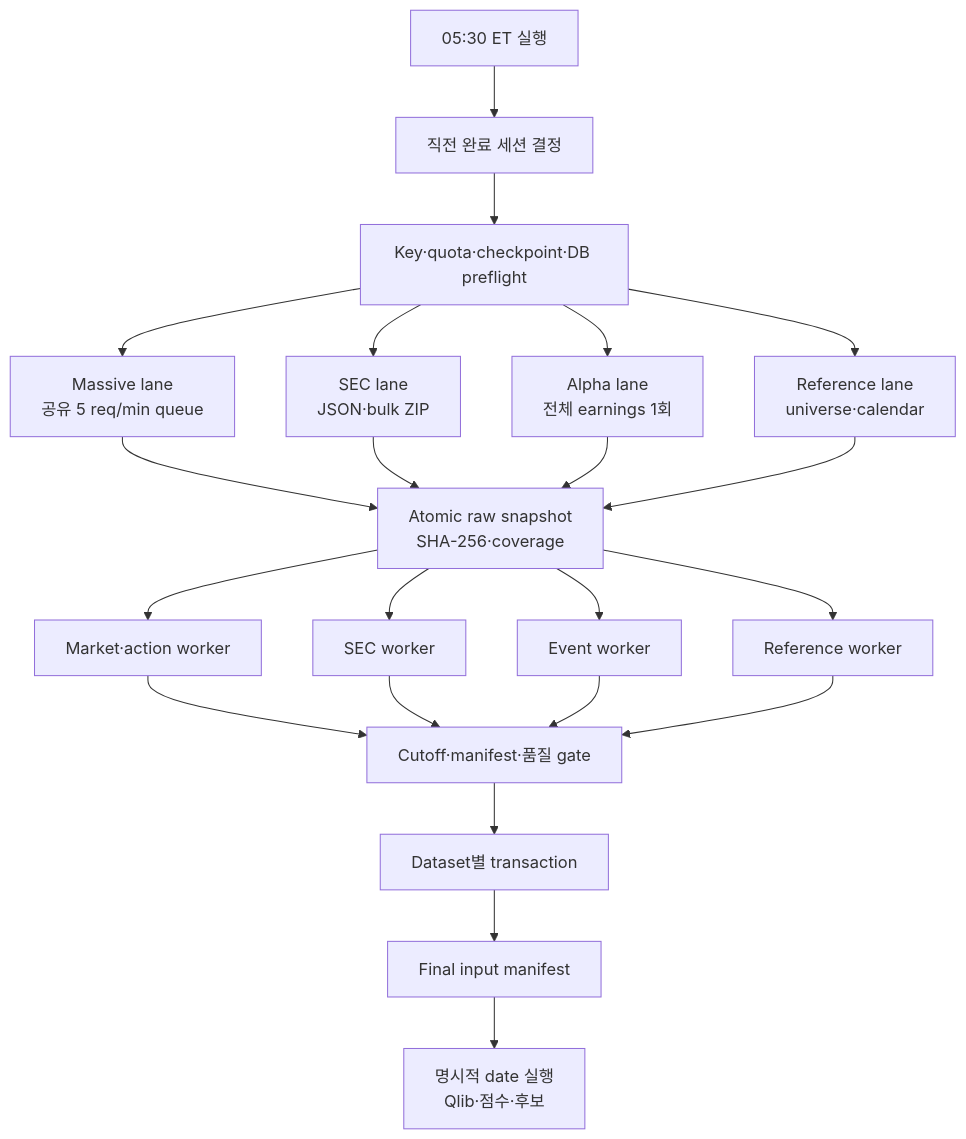
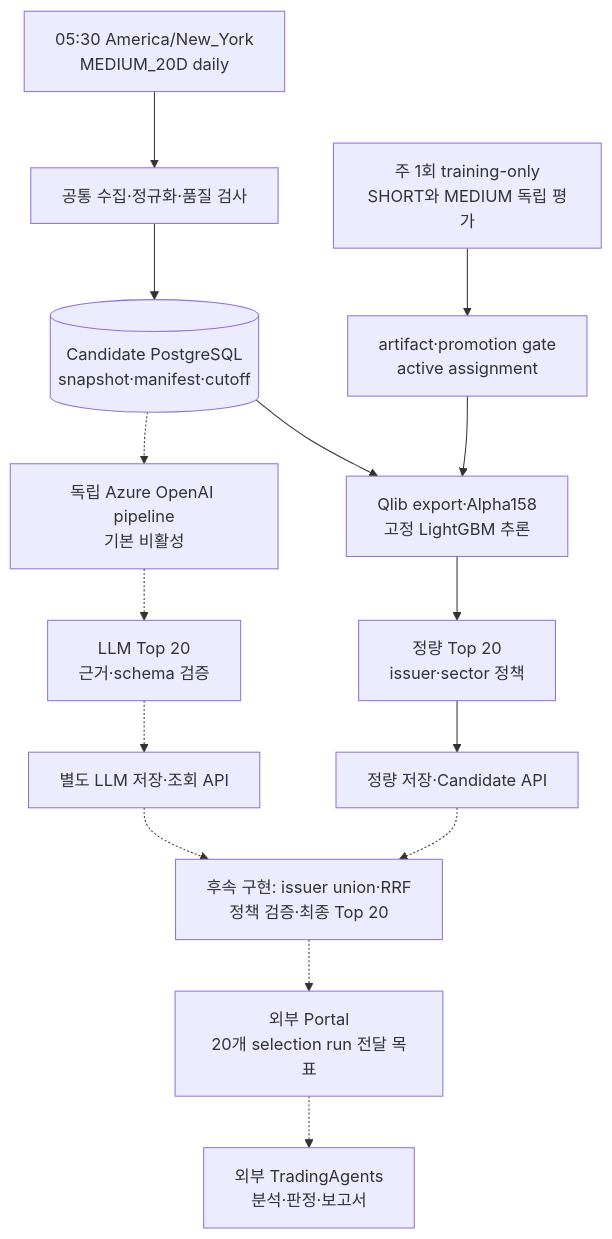
Before and after one commit to brjeong-private/sp500-candidate-engine: the diagram in README.md, drawn with Mermaid. The commit also changed other lines of this file and 69 other files, not shown here.

First line of the commit message:
feat: add independent top-20 candidate pipelines and align handoff docs

````diff
--- a/README.md
+++ b/README.md
@@ -278,29 +43,17 @@
 ```mermaid
 flowchart TD
-    Start["05:30 ET 실행"] --> Session["직전 완료 세션 결정"]
-    Session --> Preflight["Key·quota·checkpoint·DB preflight"]
-
-    Preflight --> MassiveLane["Massive lane<br/>공유 5 req/min queue"]
-    Preflight --> SecLane["SEC lane<br/>JSON·bulk ZIP"]
-    Preflight --> AlphaLane["Alpha lane<br/>전체 earnings 1회"]
-    Preflight --> RefLane["Reference lane<br/>universe·calendar"]
-
-    MassiveLane --> Raw["Atomic raw snapshot<br/>SHA-256·coverage"]
-    SecLane --> Raw
-    AlphaLane --> Raw
-    RefLane --> Raw
-
-    Raw --> MarketWorker["Market·action worker"]
-    Raw --> SecWorker["SEC worker"]
-    Raw --> EventWorker["Event worker"]
-    Raw --> RefWorker["Reference worker"]
-
-    MarketWorker --> Gate["Cutoff·manifest·품질 gate"]
-    SecWorker --> Gate
-    EventWorker --> Gate
-    RefWorker --> Gate
-
-    Gate --> Transactions["Dataset별 transaction"]
-    Transactions --> Manifest["Final input manifest"]
-    Manifest --> Candidate["명시적 date 실행<br/>Qlib·점수·후보"]
+    Timer["05:30 America/New_York<br/>MEDIUM_20D daily"] --> Collect["공통 수집·정규화·품질 검사"]
+    Collect --> Spine[("Candidate PostgreSQL<br/>snapshot·manifest·cutoff")]
+    Spine --> Quant["Qlib export·Alpha158<br/>고정 LightGBM 추론"]
+    Quant --> Quant20["정량 Top 20<br/>issuer·sector 정책"]
+    Spine -.-> Llm["독립 Azure OpenAI pipeline<br/>기본 비활성"]
+    Llm -.-> Llm20["LLM Top 20<br/>근거·schema 검증"]
+    Quant20 --> QuantApi["정량 저장·Candidate API"]
+    Llm20 -.-> LlmApi["별도 LLM 저장·조회 API"]
+    QuantApi -.-> Fusion["후속 구현: issuer union·RRF<br/>정책 검증·최종 Top 20"]
+    LlmApi -.-> Fusion
+    Fusion -.-> Portal["외부 Portal<br/>20개 selection run 전달 목표"]
+    Portal -.-> Trading["외부 TradingAgents<br/>분석·판정·보고서"]
+    Weekly["주 1회 training-only<br/>SHORT와 MEDIUM 독립 평가"] --> Registry["artifact·promotion gate<br/>active assignment"]
+    Registry --> Quant
 ```
````
